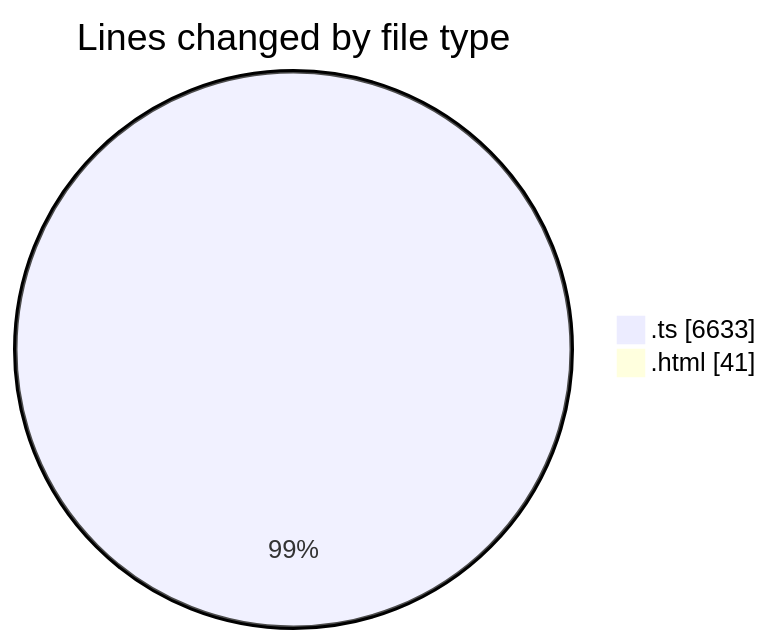
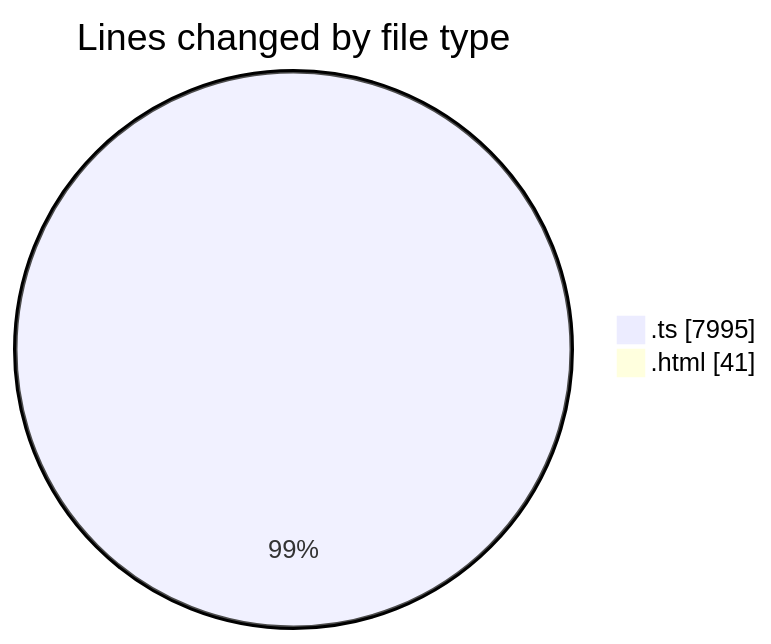
Before and after one commit to tmsrecording-cyber/code-tracking: the first of 2 diagrams in 2026-02-08/singularitybrainai/README.md, drawn with Mermaid. The commit also changed other lines of this file and 1 other file, not shown here.

````diff
--- a/2026-02-08/singularitybrainai/README.md
+++ b/2026-02-08/singularitybrainai/README.md
@@ -32,6 +35,6 @@
 ```mermaid
 pie showData
 title Lines changed by file type
-".ts" : 6633
+".ts" : 7995
 ".html" : 41
 ```
````
